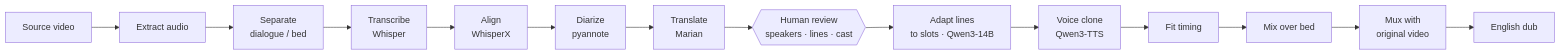
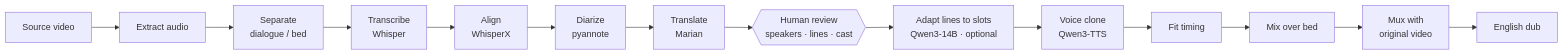
The diagram in README.md (chronoite/autodub), drawn with Mermaid before and after one commit. The commit also changed other lines of this file and 37 other files, not shown here.

````diff
--- a/README.md
+++ b/README.md
@@ -59,16 +65,16 @@
 ```mermaid
 flowchart LR
     V[Source video] --> X[Extract audio]
     X --> S[Separate<br/>dialogue / bed]
     S --> T[Transcribe<br/>Whisper]
     T --> A[Align<br/>WhisperX]
     A --> D[Diarize<br/>pyannote]
     D --> TR[Translate<br/>Marian]
     TR --> R{{Human review<br/>speakers · lines · cast}}
-    R --> AD[Adapt lines<br/>to slots · Qwen3-14B]
+    R --> AD[Adapt lines to slots<br/>Qwen3-14B · optional]
     AD --> TTS[Voice clone<br/>Qwen3-TTS]
     TTS --> F[Fit timing]
     F --> M[Mix over bed]
     M --> MX[Mux with<br/>original video]
     MX --> O[English dub]
 ```
````
